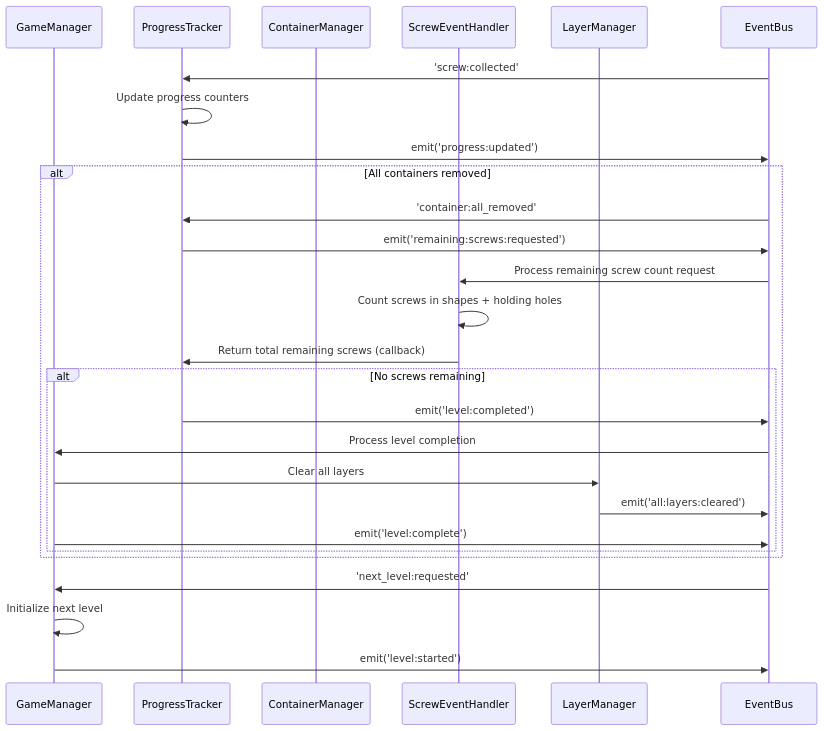
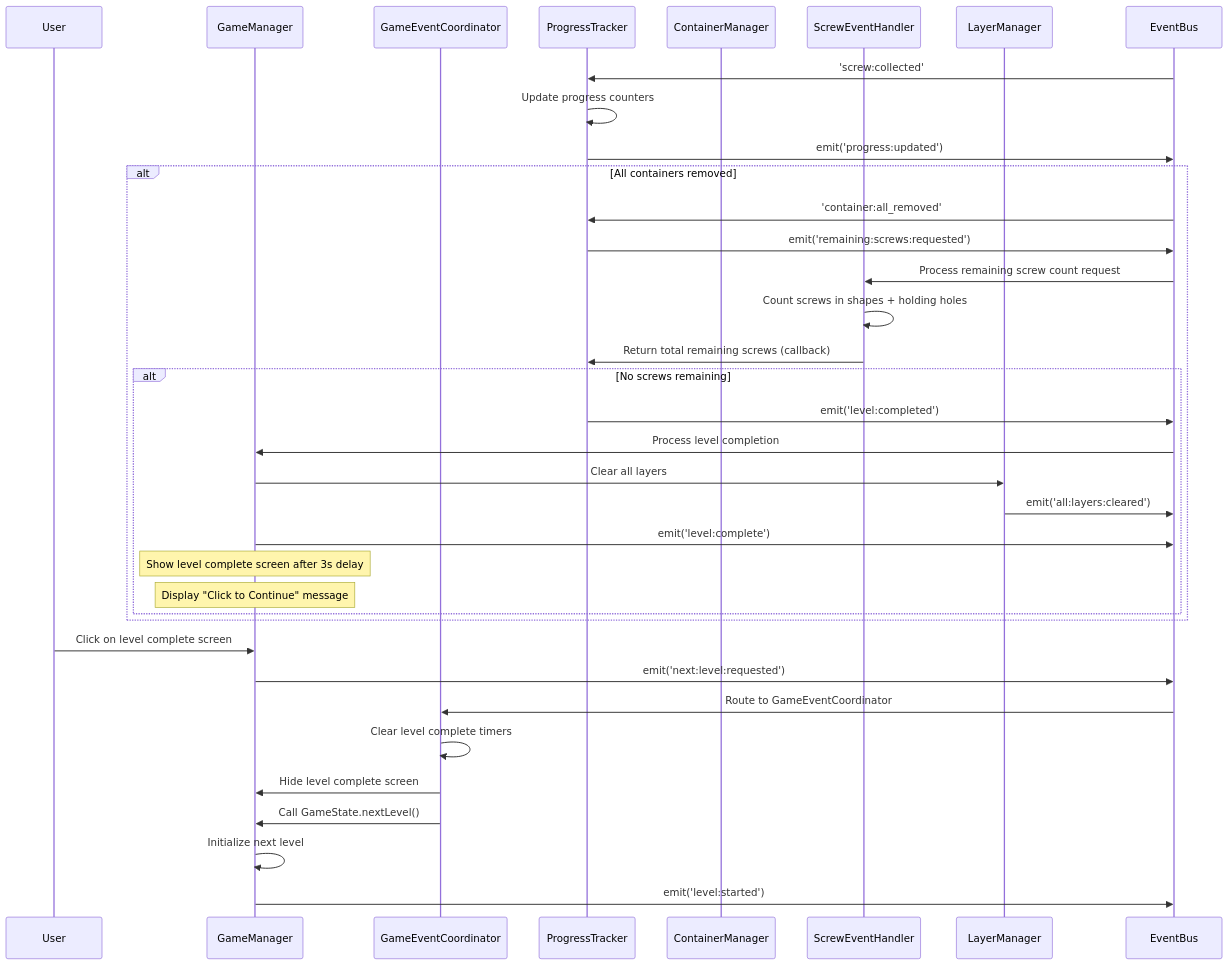
The third of 6 diagrams in docs/game_event_flows.md (paulrobello/par-shape-2d), drawn with Mermaid before and after one commit. The commit also changed other lines of this file and 23 other files, not shown here.

````diff
--- a/docs/game_event_flows.md
+++ b/docs/game_event_flows.md
@@ -236,33 +236,43 @@
 ```mermaid
 sequenceDiagram
+    participant User
     participant GM as GameManager
+    participant GEC as GameEventCoordinator
     participant PT as ProgressTracker
     participant CM as ContainerManager
     participant SEH as ScrewEventHandler
     participant LM as LayerManager
     participant EB as EventBus
 
     EB->>PT: 'screw:collected'
     PT->>PT: Update progress counters
     PT->>EB: emit('progress:updated')
     
     alt All containers removed
         EB->>PT: 'container:all_removed'
         PT->>EB: emit('remaining:screws:requested')
         EB->>SEH: Process remaining screw count request
         SEH->>SEH: Count screws in shapes + holding holes
         SEH->>PT: Return total remaining screws (callback)
         
         alt No screws remaining
             PT->>EB: emit('level:completed')
             EB->>GM: Process level completion
             GM->>LM: Clear all layers
             LM->>EB: emit('all:layers:cleared')
             GM->>EB: emit('level:complete')
+            
+            Note over GM: Show level complete screen after 3s delay
+            Note over GM: Display "Click to Continue" message
         end
     end
     
-    EB->>GM: 'next_level:requested'
+    User->>GM: Click on level complete screen
+    GM->>EB: emit('next:level:requested')
+    EB->>GEC: Route to GameEventCoordinator
+    GEC->>GEC: Clear level complete timers
+    GEC->>GM: Hide level complete screen
+    GEC->>GM: Call GameState.nextLevel()
     GM->>GM: Initialize next level
     GM->>EB: emit('level:started')
 ```
````
